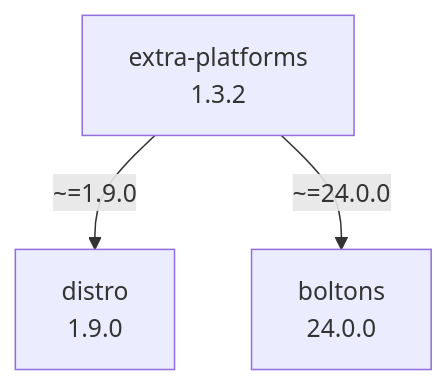
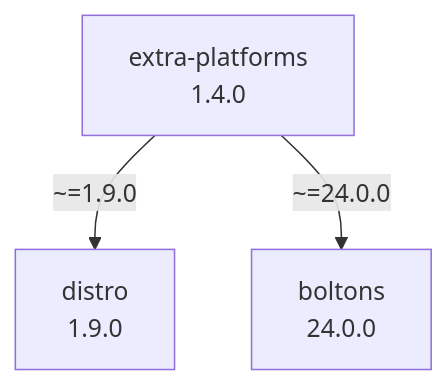
The diagram in docs/assets/dependencies.mmd (kdeldycke/extra-platforms), drawn with Mermaid before and after one commit.

Commit message:
[autofix] Regenerate dependency graph

```diff
--- a/docs/assets/dependencies.mmd
+++ b/docs/assets/dependencies.mmd
@@ -1,7 +1,7 @@
 flowchart TD
     classDef missing stroke-dasharray: 5
     boltons["boltons\n24.0.0"]
     distro["distro\n1.9.0"]
-    extra-platforms["extra-platforms\n1.3.2"]
+    extra-platforms["extra-platforms\n1.4.0"]
     extra-platforms -- "~=1.9.0" --> distro
     extra-platforms -- "~=24.0.0" --> boltons
```
